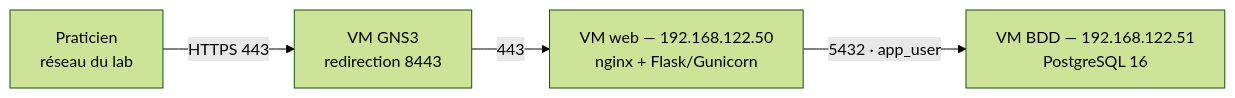
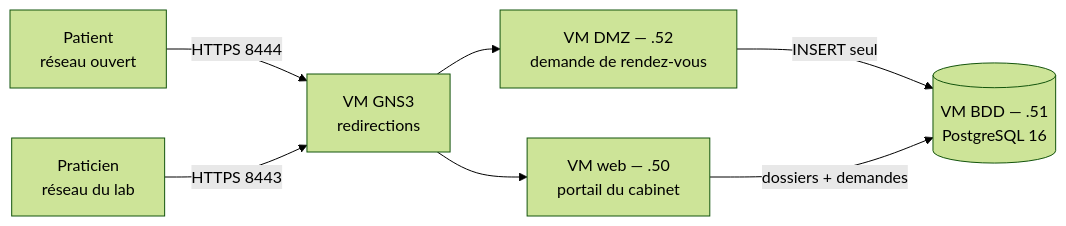
Before and after one commit to mchx-cs/final_project_jedha: the diagram in README.md, drawn with Mermaid (forest theme). The commit also changed other lines of this file, not shown here.

````diff
--- a/README.md
+++ b/README.md
@@ -9,6 +9,9 @@
 ```mermaid
 flowchart LR
-    C["Praticien<br/>réseau du lab"] -->|HTTPS 443| G["VM GNS3<br/>redirection 8443"]
-    G -->|443| W["VM web — 192.168.122.50<br/>nginx + Flask/Gunicorn"]
-    W -->|5432 · app_user| D["VM BDD — 192.168.122.51<br/>PostgreSQL 16"]
+    PA["Patient<br/>réseau ouvert"] -->|HTTPS 8444| G["VM GNS3<br/>redirections"]
+    PR["Praticien<br/>réseau du lab"] -->|HTTPS 8443| G
+    G --> B["VM DMZ — .52<br/>demande de rendez-vous"]
+    G --> W["VM web — .50<br/>portail du cabinet"]
+    B -->|INSERT seul| D[("VM BDD — .51<br/>PostgreSQL 16")]
+    W -->|dossiers + demandes| D
 ```
````
